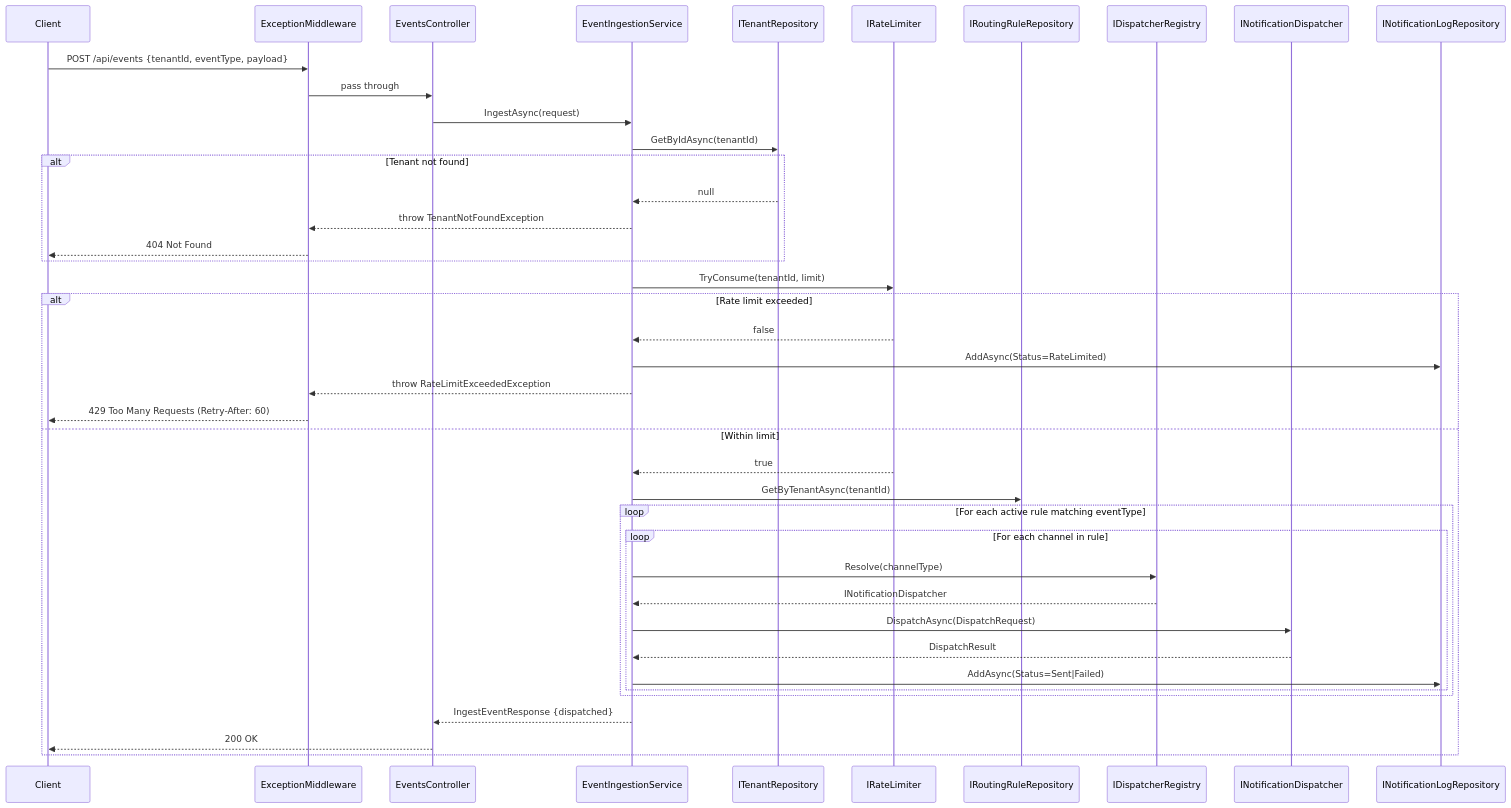
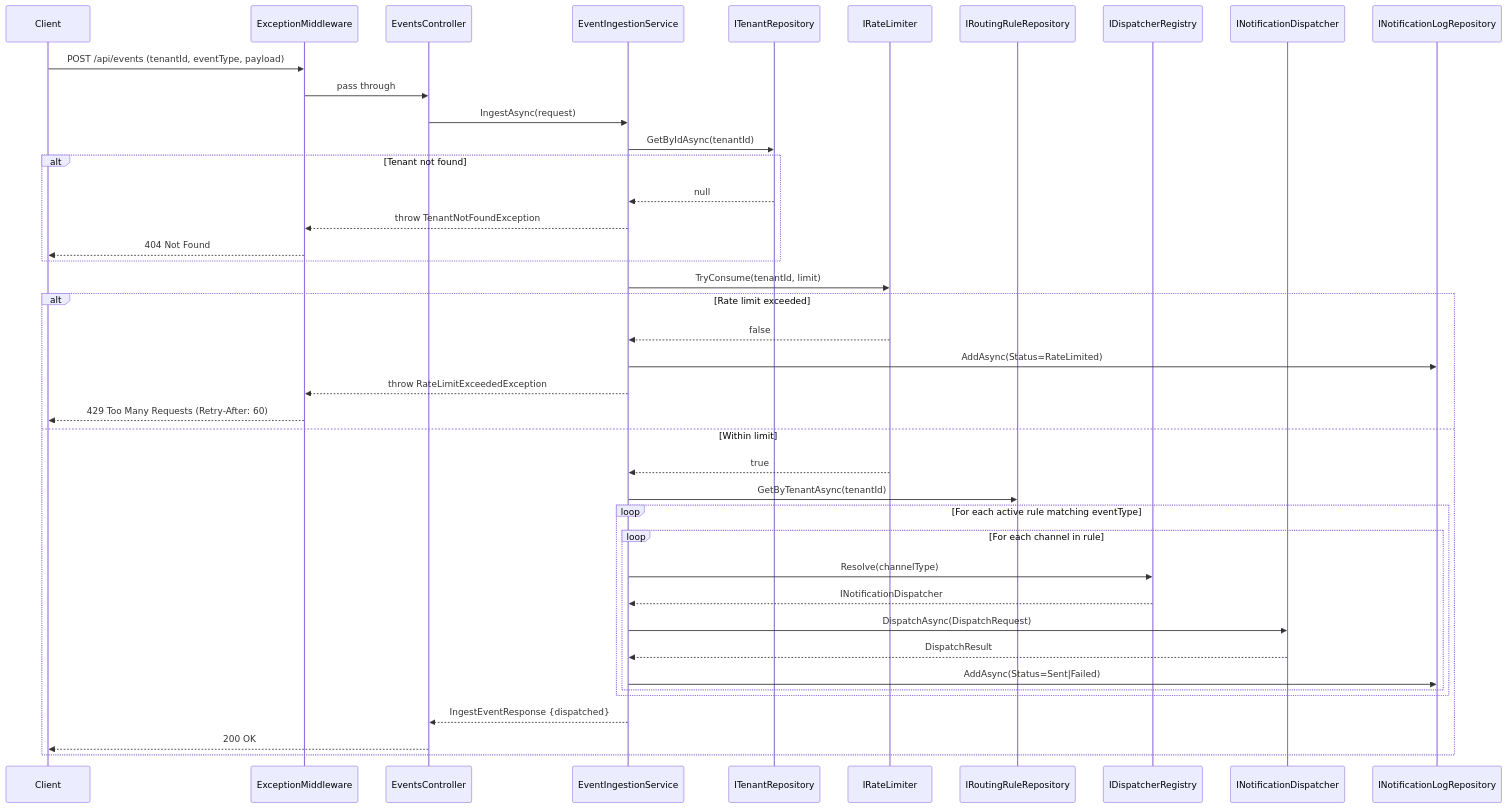
Before and after one commit to joelburke/multitenant-notifier: the sixth of 6 diagrams in DESIGN.md, drawn with Mermaid. The commit also changed other lines of this file and 1 other file, not shown here.

Commit message:
resolving github.com mermaid rendering diagram issues with {...}

````diff
--- a/DESIGN.md
+++ b/DESIGN.md
@@ -327,44 +327,44 @@
 ```mermaid
 sequenceDiagram
     participant Client
     participant ExceptionMiddleware
     participant EventsController
     participant EventIngestionService
     participant ITenantRepository
     participant IRateLimiter
     participant IRoutingRuleRepository
     participant IDispatcherRegistry
     participant INotificationDispatcher
     participant INotificationLogRepository
 
-    Client->>ExceptionMiddleware: POST /api/events {tenantId, eventType, payload}
+    Client->>ExceptionMiddleware: POST /api/events (tenantId, eventType, payload)
     ExceptionMiddleware->>EventsController: pass through
     EventsController->>EventIngestionService: IngestAsync(request)
     EventIngestionService->>ITenantRepository: GetByIdAsync(tenantId)
     alt Tenant not found
         ITenantRepository-->>EventIngestionService: null
         EventIngestionService-->>ExceptionMiddleware: throw TenantNotFoundException
         ExceptionMiddleware-->>Client: 404 Not Found
     end
     EventIngestionService->>IRateLimiter: TryConsume(tenantId, limit)
     alt Rate limit exceeded
         IRateLimiter-->>EventIngestionService: false
         EventIngestionService->>INotificationLogRepository: AddAsync(Status=RateLimited)
         EventIngestionService-->>ExceptionMiddleware: throw RateLimitExceededException
         ExceptionMiddleware-->>Client: 429 Too Many Requests (Retry-After: 60)
     else Within limit
         IRateLimiter-->>EventIngestionService: true
         EventIngestionService->>IRoutingRuleRepository: GetByTenantAsync(tenantId)
         loop For each active rule matching eventType
             loop For each channel in rule
                 EventIngestionService->>IDispatcherRegistry: Resolve(channelType)
                 IDispatcherRegistry-->>EventIngestionService: INotificationDispatcher
                 EventIngestionService->>INotificationDispatcher: DispatchAsync(DispatchRequest)
                 INotificationDispatcher-->>EventIngestionService: DispatchResult
                 EventIngestionService->>INotificationLogRepository: AddAsync(Status=Sent|Failed)
             end
         end
         EventIngestionService-->>EventsController: IngestEventResponse {dispatched}
         EventsController-->>Client: 200 OK
     end
 ```
````
